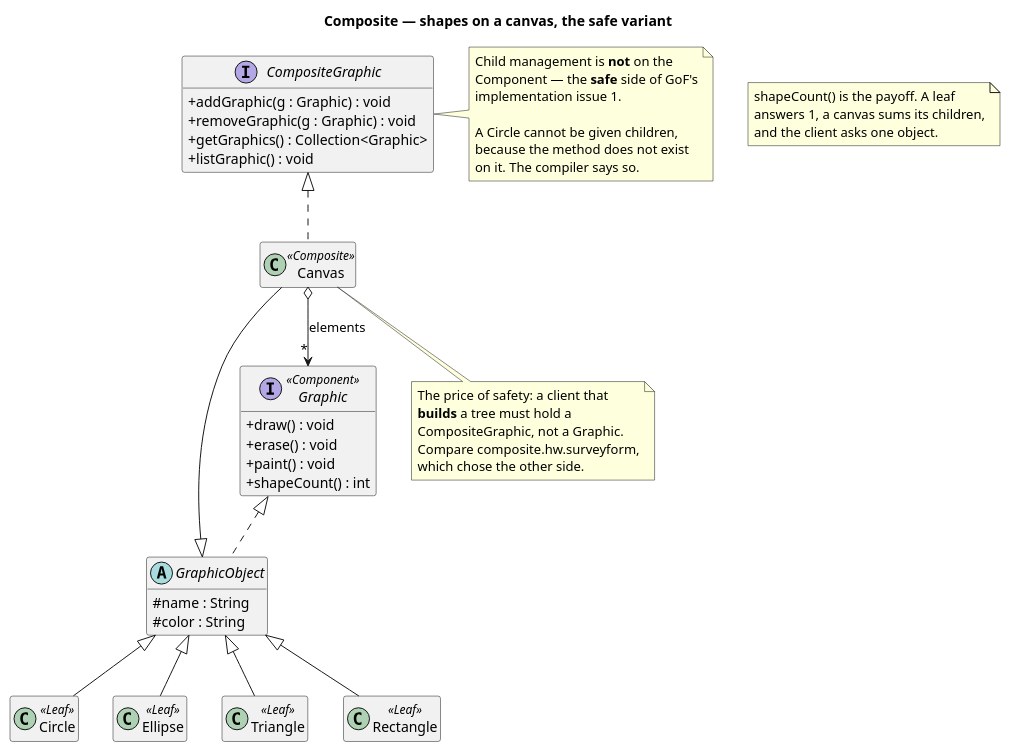
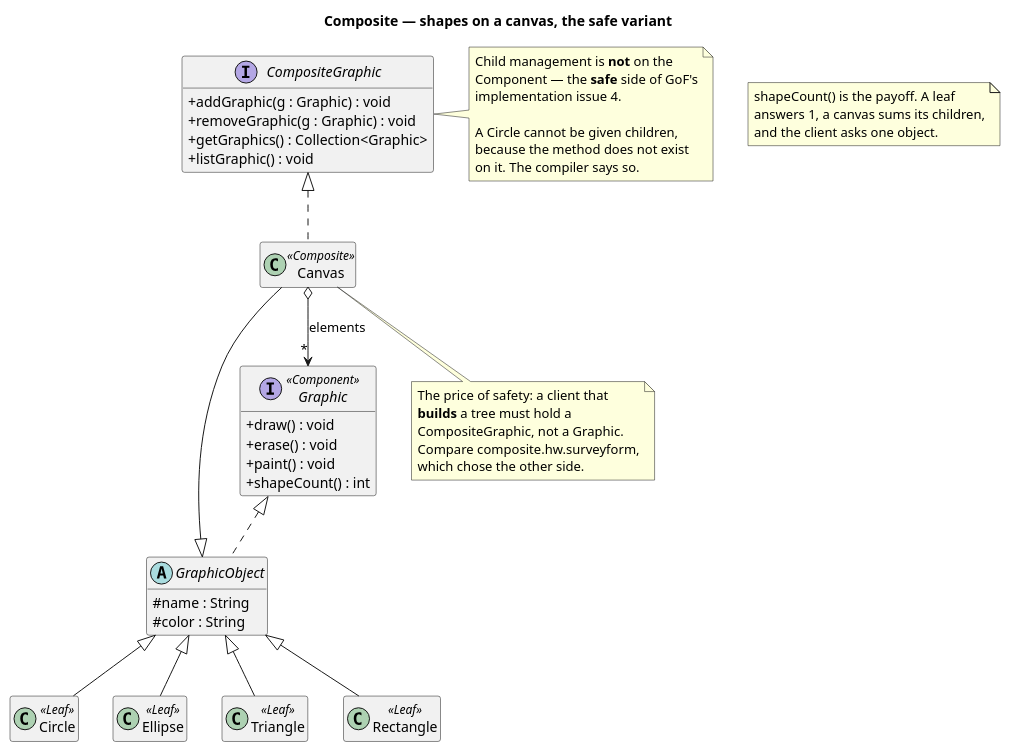
Before and after one commit to kaldiroglu/DesignPatternsWithJava: the diagram in src/main/java/dev/kaldiroglu/dp/structural/composite/graphic/uml/Composite - Graphic - Class Diagram.puml, drawn with PlantUML. The commit also changed 12 other files, not shown here.

First line of the commit message:
Correct the GoF Composite implementation issue numbers

```diff
--- a/src/main/java/dev/kaldiroglu/dp/structural/composite/graphic/uml/Composite - Graphic - Class Diagram.puml
+++ b/src/main/java/dev/kaldiroglu/dp/structural/composite/graphic/uml/Composite - Graphic - Class Diagram.puml
@@ -1,66 +1,66 @@
 @startuml "Composite - Graphic - Class Diagram"
 skinparam classAttributeIconSize 0
 hide empty members
 title Composite — shapes on a canvas, the safe variant
 
 
 interface Graphic <<Component>> {
   + draw() : void
   + erase() : void
   + paint() : void
   + shapeCount() : int
 }
 
 abstract class GraphicObject {
   # name : String
   # color : String
 }
 
 class Circle <<Leaf>>
 class Ellipse <<Leaf>>
 class Triangle <<Leaf>>
 class Rectangle <<Leaf>>
 
 interface CompositeGraphic {
   + addGraphic(g : Graphic) : void
   + removeGraphic(g : Graphic) : void
   + getGraphics() : Collection<Graphic>
   + listGraphic() : void
 }
 
 class Canvas <<Composite>>
 
 Graphic <|.. GraphicObject
 GraphicObject <|-- Circle
 GraphicObject <|-- Ellipse
 GraphicObject <|-- Triangle
 GraphicObject <|-- Rectangle
 GraphicObject <|-- Canvas
 CompositeGraphic <|.. Canvas
 Canvas o--> "*" Graphic : elements
 
 note right of CompositeGraphic
   Child management is <b>not</b> on the
   Component — the <b>safe</b> side of GoF's
-  implementation issue 1.
+  implementation issue 4.
 
   A Circle cannot be given children,
   because the method does not exist
   on it. The compiler says so.
 end note
 
 note bottom of Canvas
   The price of safety: a client that
   <b>builds</b> a tree must hold a
   CompositeGraphic, not a Graphic.
   Compare composite.hw.surveyform,
   which chose the other side.
 end note
 
 note as N1
   shapeCount() is the payoff. A leaf
   answers 1, a canvas sums its children,
   and the client asks one object.
 end note
 
 @enduml
```
